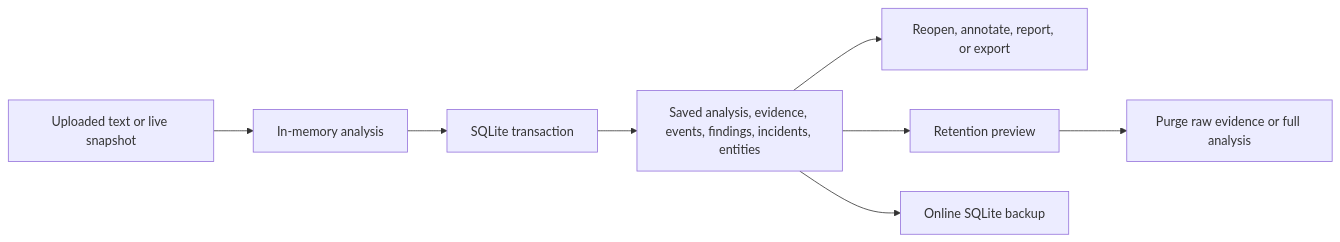
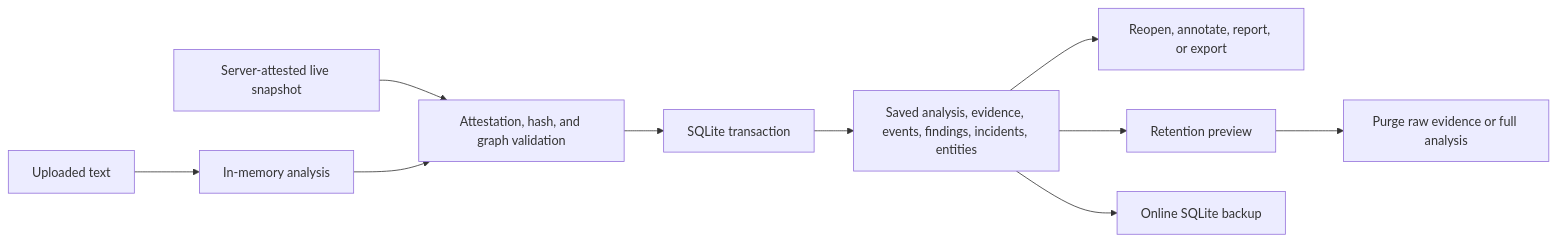
Before and after one commit to 0zB0/Security-Log-Analyzer: the first of 2 diagrams in docs/persistence-evidence-lifecycle.md, drawn with Mermaid. The commit also changed other lines of this file and 156 other files, not shown here.

````diff
--- a/docs/persistence-evidence-lifecycle.md
+++ b/docs/persistence-evidence-lifecycle.md
@@ -14,10 +14,12 @@
 ```mermaid
 flowchart LR
-    U["Uploaded text or live snapshot"] --> A["In-memory analysis"]
-    A --> T["SQLite transaction"]
+    U["Uploaded text"] --> A["In-memory analysis"]
+    L["Server-attested live snapshot"] --> V["Attestation, hash, and graph validation"]
+    A --> V
+    V --> T["SQLite transaction"]
     T --> S["Saved analysis, evidence, events, findings, incidents, entities"]
     S --> O["Reopen, annotate, report, or export"]
     S --> R["Retention preview"]
     R --> P["Purge raw evidence or full analysis"]
     S --> B["Online SQLite backup"]
 ```
````
